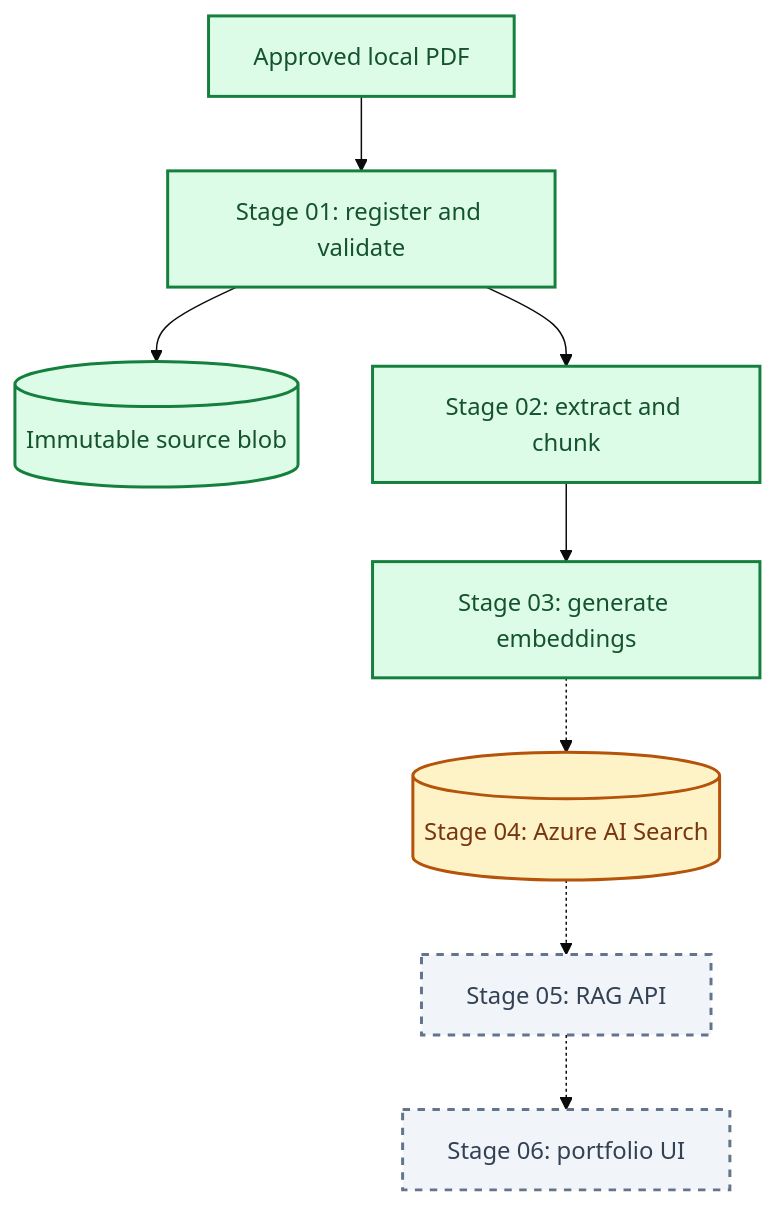
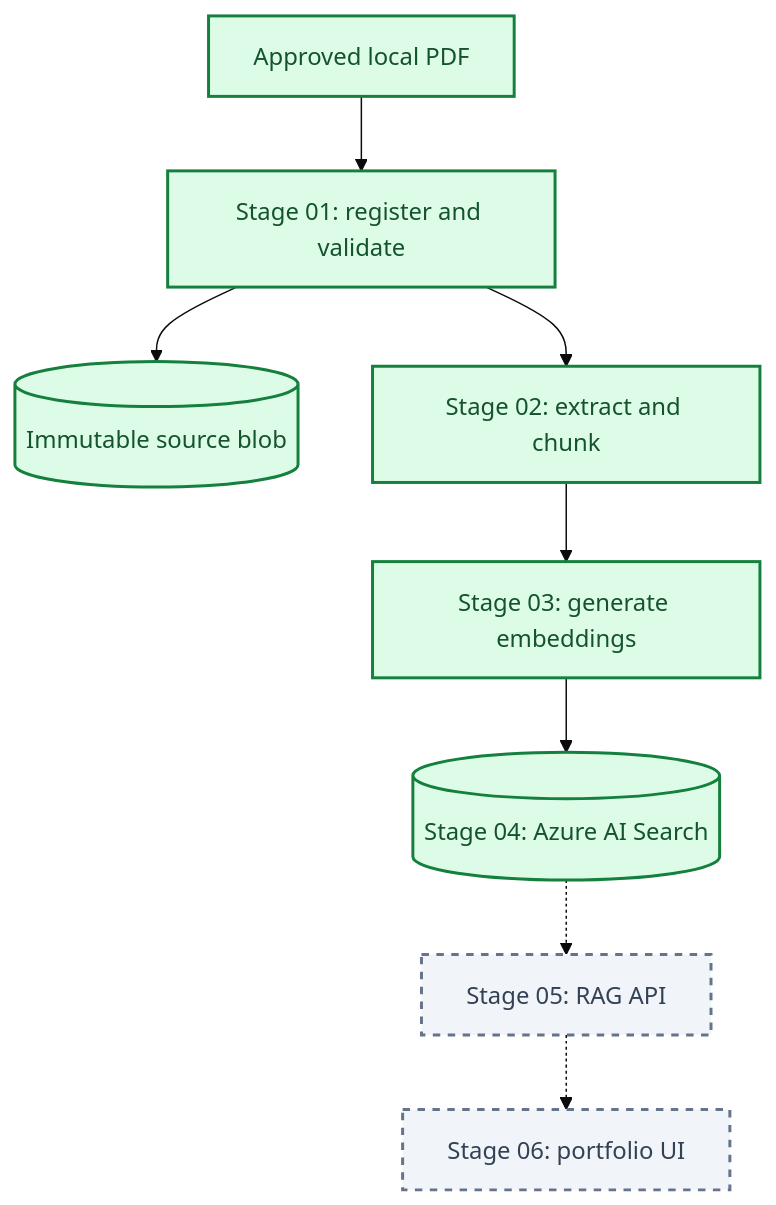
The first of 3 diagrams in docs/overview/project-architecture.md (kenjihilasak/uol-finance-ai-assistant), drawn with Mermaid (base theme) before and after one commit. The commit also changed other lines of this file and 12 other files, not shown here.

````diff
--- a/docs/overview/project-architecture.md
+++ b/docs/overview/project-architecture.md
@@ -21,27 +21,26 @@
 ```mermaid
 flowchart TB
     classDef implemented fill:#DCFCE7,stroke:#15803D,color:#14532D,stroke-width:2px
     classDef provisioned fill:#FEF3C7,stroke:#B45309,color:#78350F,stroke-width:2px
     classDef planned fill:#F1F5F9,stroke:#64748B,color:#334155,stroke-width:2px,stroke-dasharray:5 5
 
     source[Approved local PDF]
     ingest[Stage 01: register and validate]
     sourceBlob[(Immutable source blob)]
     process[Stage 02: extract and chunk]
     vectors[Stage 03: generate embeddings]
     search[(Stage 04: Azure AI Search)]
     rag[Stage 05: RAG API]
     ui[Stage 06: portfolio UI]
 
     source --> ingest
     ingest --> sourceBlob
     ingest --> process
     process --> vectors
-    vectors -.-> search
+    vectors --> search
     search -.-> rag
     rag -.-> ui
 
-    class source,ingest,sourceBlob,process,vectors implemented
-    class search provisioned
+    class source,ingest,sourceBlob,process,vectors,search implemented
     class rag,ui planned
 ```
````
